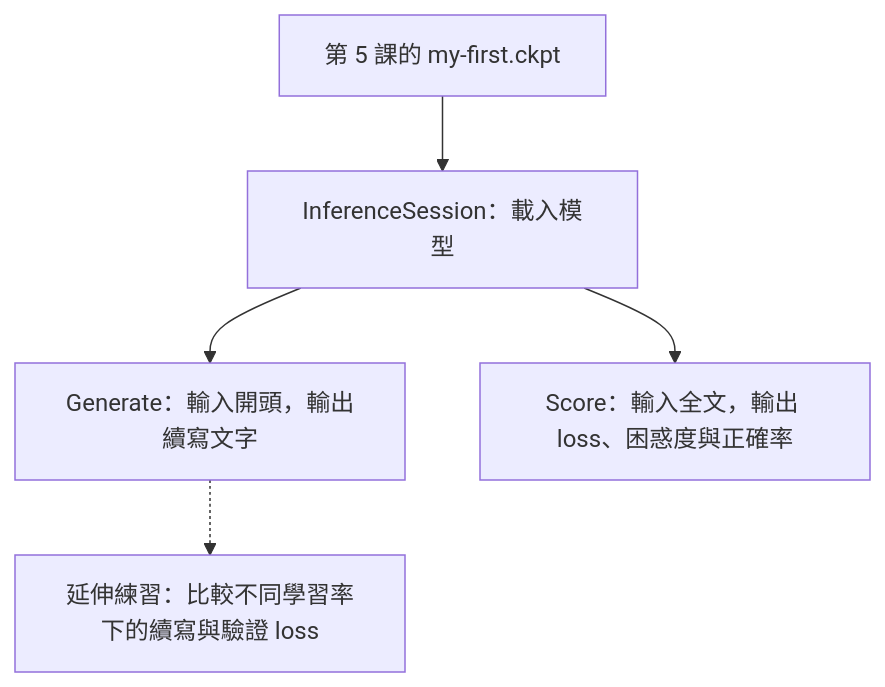
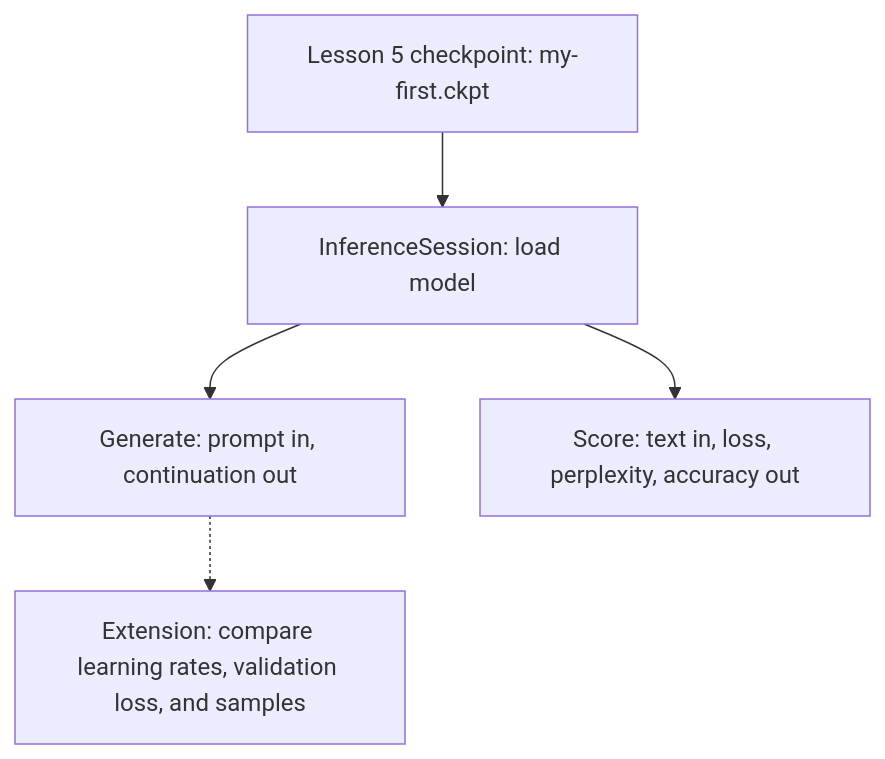
One commit to tingwei628/my-gpt changed the fifth of 5 diagrams in lessons/my-gpt/README.md. Above: the diagram before and after it, drawn with Mermaid. The commit also changed other lines of this file and 12 other files, not shown here.

````diff
--- a/lessons/my-gpt/README.md
+++ b/lessons/my-gpt/README.md
@@ -109,7 +107,7 @@
 ```mermaid
 flowchart TD
-    A["第 5 課的 my-first.ckpt"] --> B["InferenceSession：載入模型"]
-    B --> C["Generate：輸入開頭，輸出續寫文字"]
-    B --> D["Score：輸入全文，輸出 loss、困惑度與正確率"]
-    C -.-> E["延伸練習：比較不同學習率下的續寫與驗證 loss"]
+    A["Lesson 5 checkpoint: my-first.ckpt"] --> B["InferenceSession: load model"]
+    B --> C["Generate: prompt in, continuation out"]
+    B --> D["Score: text in, loss, perplexity, accuracy out"]
+    C -.-> E["Extension: compare learning rates, validation loss, and samples"]
 ```
````
